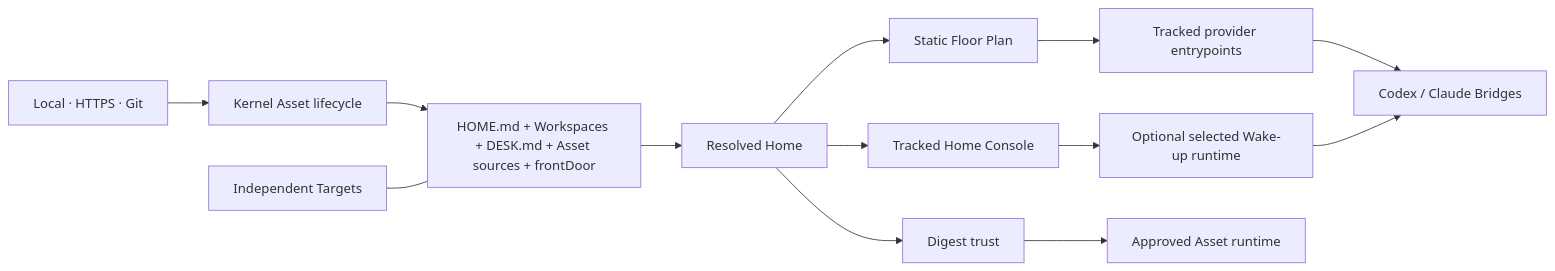
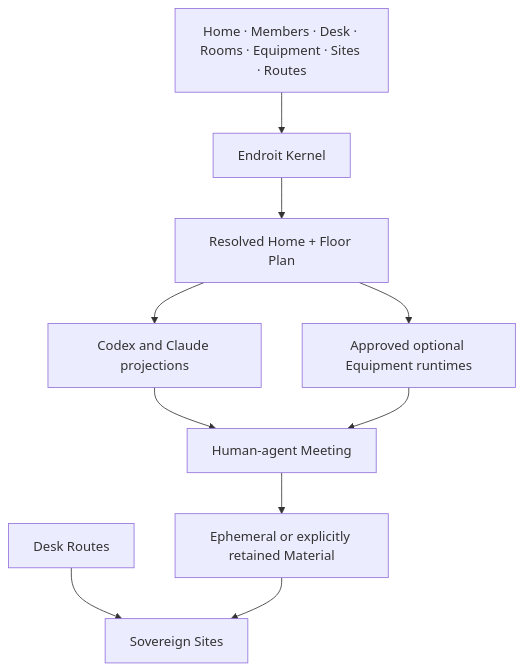
The diagram in docs/architecture.md (thevzion/endroit), drawn with Mermaid before and after one commit. The commit also changed other lines of this file and 204 other files, not shown here.

````diff
--- a/docs/architecture.md
+++ b/docs/architecture.md
@@ -7,15 +9,12 @@
 ```mermaid
-flowchart LR
-  source["Local · HTTPS · Git"] --> lifecycle["Kernel Asset lifecycle"]
-  lifecycle --> home["HOME.md + Workspaces + DESK.md + Asset sources + frontDoor"]
-  home --> resolve["Resolved Home"]
-  resolve --> floor["Static Floor Plan"]
-  floor --> projection["Tracked provider entrypoints"]
-  resolve --> console["Tracked Home Console"]
-  projection --> bridge["Codex / Claude Bridges"]
-  console --> wake["Optional selected Wake-up runtime"]
-  wake --> bridge
-  resolve --> trust["Digest trust"]
-  trust --> runtime["Approved Asset runtime"]
-  target["Independent Targets"] --- home
+flowchart TD
+  sources["Home · Members · Desk · Rooms · Equipment · Sites · Routes"] --> kernel["Endroit Kernel"]
+  kernel --> plan["Resolved Home + Floor Plan"]
+  plan --> projections["Codex and Claude projections"]
+  plan --> runtime["Approved optional Equipment runtimes"]
+  desk["Desk Routes"] --> sites["Sovereign Sites"]
+  projections --> meeting["Human-agent Meeting"]
+  runtime --> meeting
+  meeting --> material["Ephemeral or explicitly retained Material"]
+  material --> sites
 ```
````
